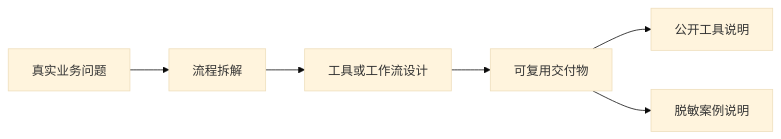
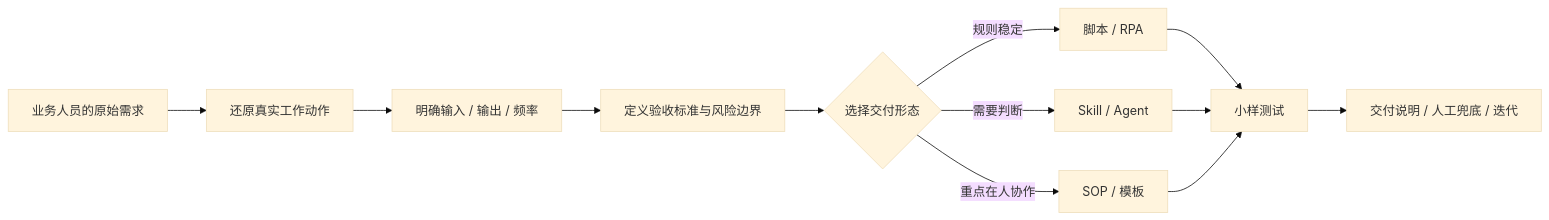
One commit to Baibaibin/ai-workflow-portfolio changed the diagram in README.md. Above: the diagram before and after it, drawn with Mermaid (base theme). The commit also changed other lines of this file and 18 other files, not shown here.

````diff
--- a/README.md
+++ b/README.md
@@ -14,8 +13,14 @@
 ```mermaid
 flowchart LR
-  A[真实业务问题] --> B[流程拆解]
-  B --> C[工具或工作流设计]
-  C --> D[可复用交付物]
-  D --> E[公开工具说明]
-  D --> F[脱敏案例说明]
+  A[业务人员的原始需求] --> B[还原真实工作动作]
+  B --> C[明确输入 / 输出 / 频率]
+  C --> D[定义验收标准与风险边界]
+  D --> E{选择交付形态}
+  E -->|规则稳定| F[脚本 / RPA]
+  E -->|需要判断| G[Skill / Agent]
+  E -->|重点在人协作| H[SOP / 模板]
+  F --> I[小样测试]
+  G --> I
+  H --> I
+  I --> J[交付说明 / 人工兜底 / 迭代]
 ```
````
